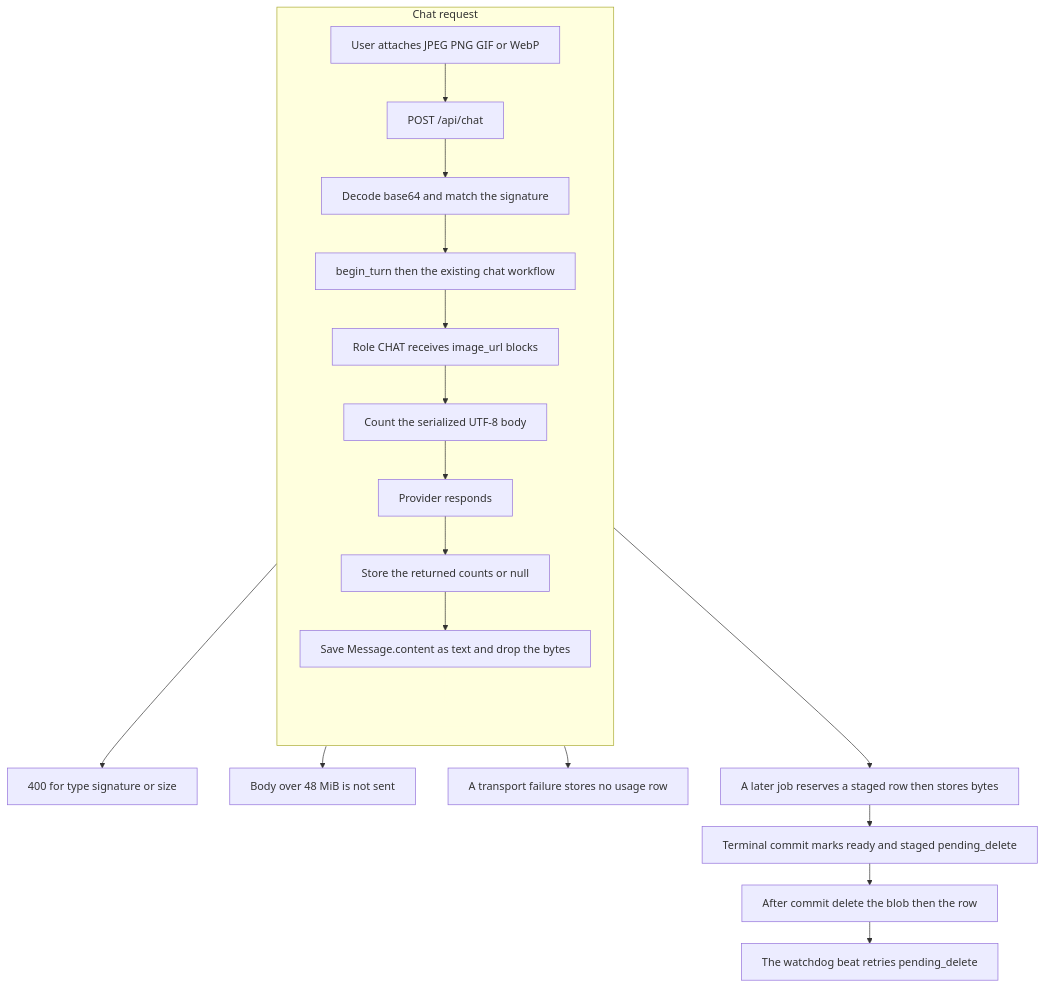
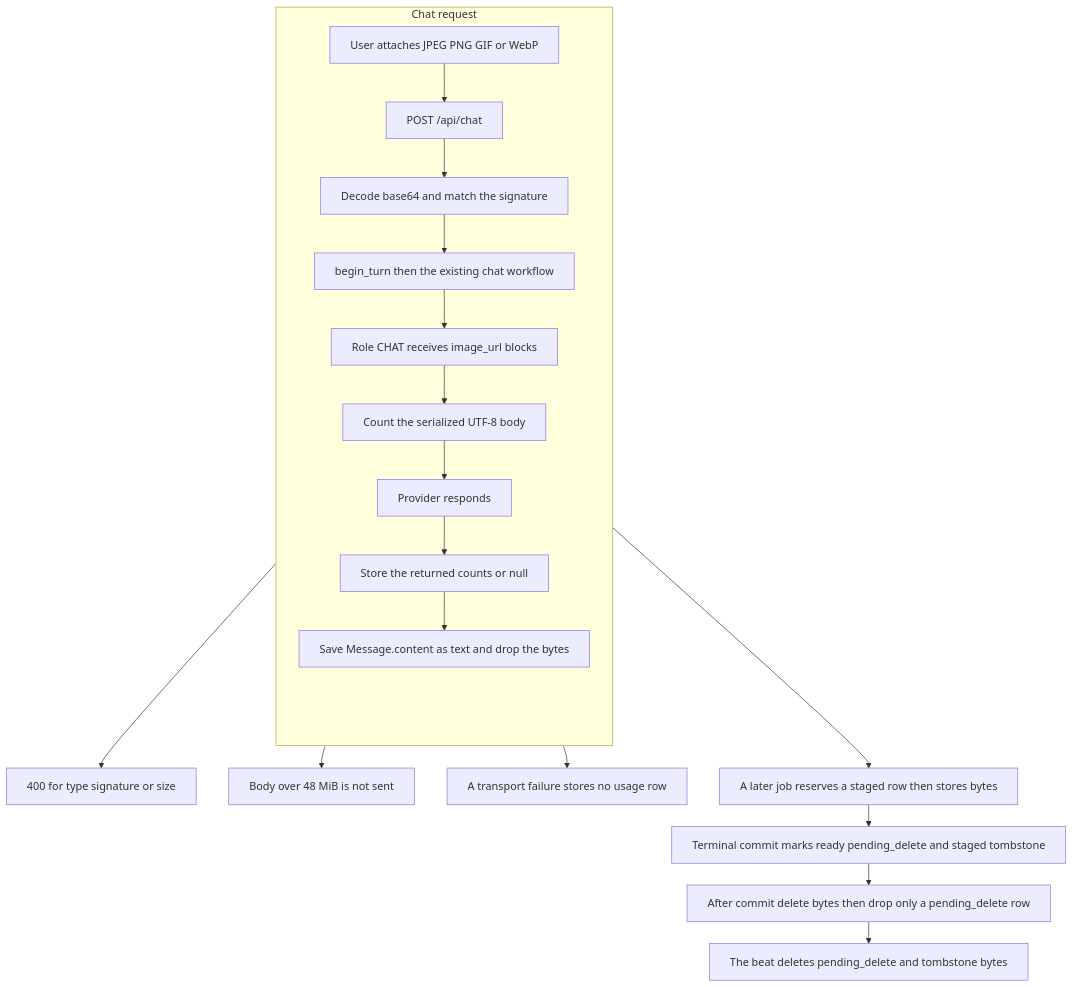
One commit to y4483784-png/omni-butler changed the diagram in docs/envisioned-product/review/ev-picture-flowchart.mmd. Above: the diagram before and after it, drawn with Mermaid. The commit also changed 16 other files, not shown here.

First line of the commit message:
fix(picture): fence image purge and keep a tombstone for a late put

```diff
--- a/docs/envisioned-product/review/ev-picture-flowchart.mmd
+++ b/docs/envisioned-product/review/ev-picture-flowchart.mmd
@@ -1,41 +1,41 @@
 %%{init: {"flowchart": {"wrappingWidth": 900, "htmlLabels": false, "nodeSpacing": 48, "rankSpacing": 32}}}%%
 flowchart TB
   subgraph mainPath [Chat request]
     direction TB
     attach[User attaches JPEG PNG GIF or WebP]
     post[POST /api/chat]
     decode[Decode base64 and match the signature]
     turn[begin_turn then the existing chat workflow]
     chatRole[Role CHAT receives image_url blocks]
     measure[Count the serialized UTF-8 body]
     answered[Provider responds]
     usageRow[Store the returned counts or null]
     text[Save Message.content as text and drop the bytes]
     pad[" "]
     attach --> post
     post --> decode
     decode --> turn
     turn --> chatRole
     chatRole --> measure
     measure --> answered
     answered --> usageRow
     usageRow --> text
     text --> pad
   end
   badImage[400 for type signature or size]
   tooBig[Body over 48 MiB is not sent]
   failed[A transport failure stores no usage row]
   seam[A later job reserves a staged row then stores bytes]
-  pending[Terminal commit marks ready and staged pending_delete]
-  purge[After commit delete the blob then the row]
-  retry[The watchdog beat retries pending_delete]
+  pending[Terminal commit marks ready pending_delete and staged tombstone]
+  purge[After commit delete bytes then drop only a pending_delete row]
+  retry[The beat deletes pending_delete and tombstone bytes]
   decode --> badImage
   measure --> tooBig
   answered --> failed
   text --> seam
   seam --> pending
   pending --> purge
   purge --> retry
   classDef hide fill:#ffffde,stroke:#ffffde,color:#ffffde
   class pad hide
   linkStyle 8 stroke:#ffffde,fill:#ffffde
```
